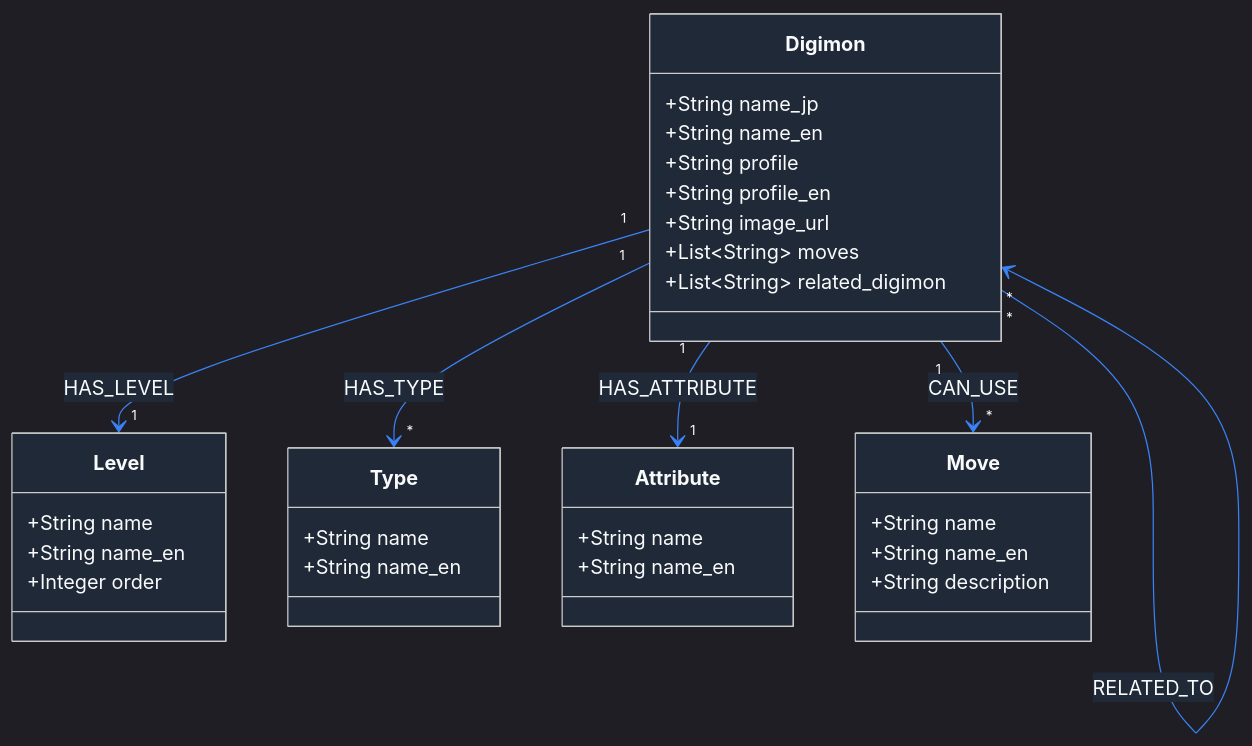
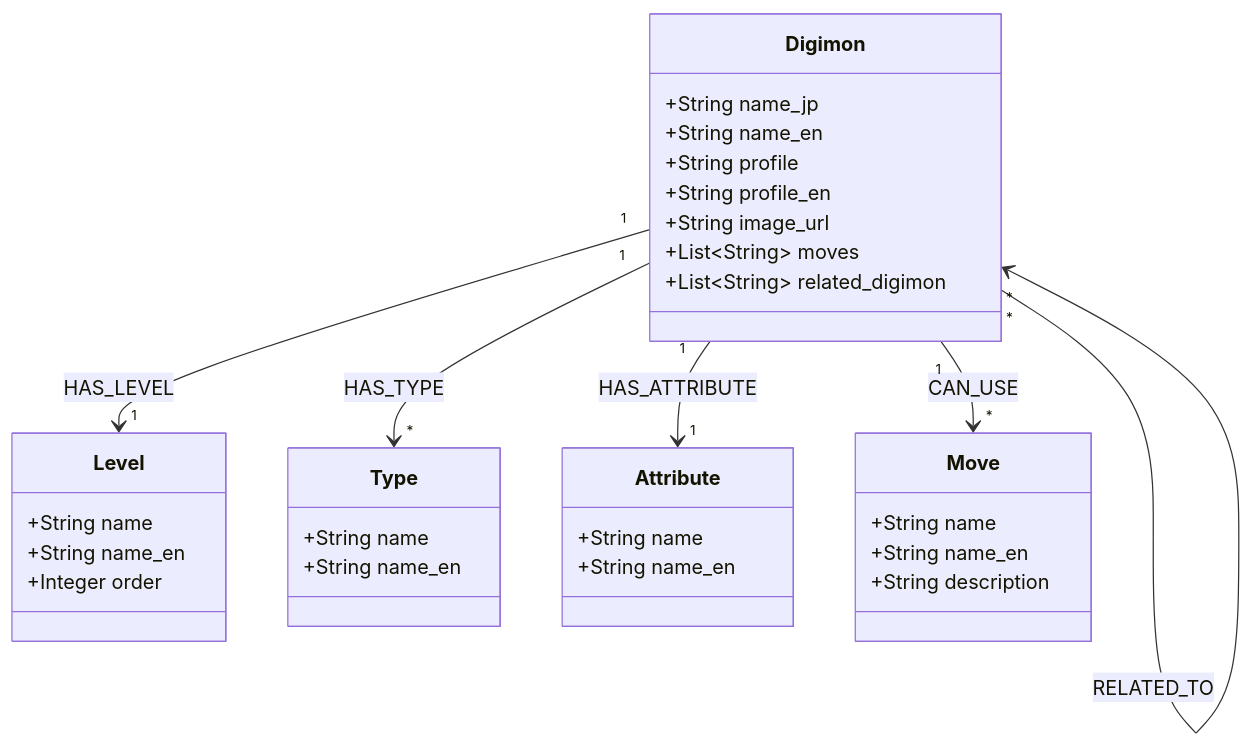
The fifth of 5 diagrams in CLAUDE.md (Ricoledan/digimon-knowledge-graph), drawn with Mermaid before and after one commit. The commit also changed other lines of this file, not shown here.

Commit message:
add diagrams

````diff
--- a/CLAUDE.md
+++ b/CLAUDE.md
@@ -368,41 +367,40 @@
 ```mermaid
-%%{init: {'theme':'dark', 'themeVariables': { 'primaryColor':'#1f2937', 'primaryTextColor':'#f9fafb', 'primaryBorderColor':'#60a5fa', 'lineColor':'#3b82f6', 'secondaryColor':'#059669', 'tertiaryColor':'#374151', 'background':'#111827', 'mainBkg':'#1f2937', 'secondBkg':'#374151', 'tertiaryBkg':'#4b5563', 'primaryBorderColor':'#60a5fa', 'secondaryBorderColor':'#10b981', 'tertiaryBorderColor':'#6366f1', 'clusterBkg':'#1f2937', 'clusterBorder':'#60a5fa', 'fontFamily':'monospace'}}}%%
 classDiagram
     class Digimon {
         +String name_jp
         +String name_en
         +String profile
         +String profile_en
         +String image_url
         +List~String~ moves
         +List~String~ related_digimon
     }
     
     class Level {
         +String name
         +String name_en
         +Integer order
     }
     
     class Type {
         +String name
         +String name_en
     }
     
     class Attribute {
         +String name
         +String name_en
     }
     
     class Move {
         +String name
         +String name_en
         +String description
     }
     
     Digimon "1" --> "1" Level : HAS_LEVEL
     Digimon "1" --> "*" Type : HAS_TYPE
     Digimon "1" --> "1" Attribute : HAS_ATTRIBUTE
     Digimon "1" --> "*" Move : CAN_USE
     Digimon "*" --> "*" Digimon : RELATED_TO
 ```
````
